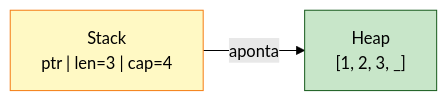
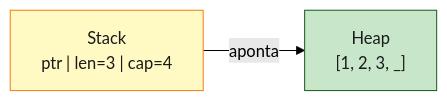
One commit to Felipeness/ferro-e-espirito changed the first of 2 diagrams in book/part-07-collections-and-errors/ch20-colecoes.md. Above: the diagram before and after it, drawn with Mermaid (forest theme). The commit also changed other lines of this file and 56 other files, not shown here.

First line of the commit message:
fix: contraste de texto em diagramas mermaid

````diff
--- a/book/part-07-collections-and-errors/ch20-colecoes.md
+++ b/book/part-07-collections-and-errors/ch20-colecoes.md
@@ -38,9 +38,9 @@
 ```mermaid
 graph LR
     Stack["Stack<br/>ptr | len=3 | cap=4"]
     Heap["Heap<br/>[1, 2, 3, _]"]
     Stack -->|aponta| Heap
 
-    style Stack fill:#fff9c4,stroke:#f57f17
-    style Heap fill:#c8e6c9,stroke:#1b5e20
+    style Stack fill:#fff9c4,stroke:#f57f17,color:#1a1a1a
+    style Heap fill:#c8e6c9,stroke:#1b5e20,color:#1a1a1a
 ```
````
